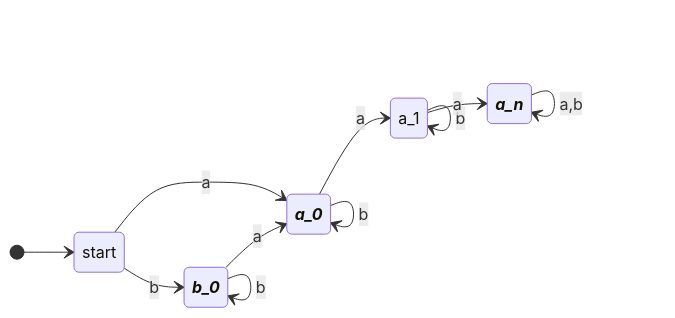
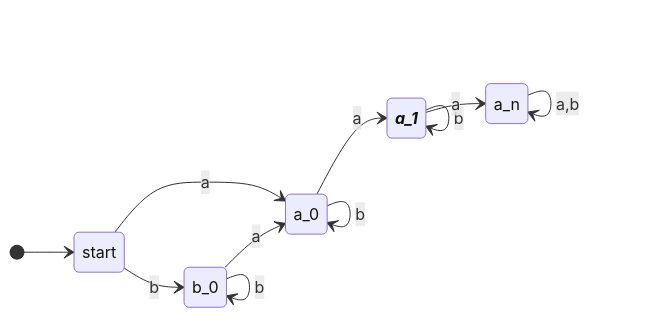
Before and after one commit to Alyksett/School-Notes: the sixth of 10 diagrams in 4011 Formal Language and Autonoma/Homework/Austin Lyksett Assignment 1.md, drawn with Mermaid. The commit also changed other lines of this file, not shown here.

````diff
--- a/4011 Formal Language and Autonoma/Homework/Austin Lyksett Assignment 1.md
+++ b/4011 Formal Language and Autonoma/Homework/Austin Lyksett Assignment 1.md
@@ -119,16 +131,16 @@
 ```mermaid
 stateDiagram-v2
 Direction LR
 classDef acceptState font-style:italic,font-weight:bold
    [*] --> start
     start --> a_0: a
-    start --> b_0::: acceptState : b
+    start --> b_0: b
     b_0 --> a_0: a
     b_0 --> b_0: b
-    a_0 --> a_1: a
-    a_0 --> a_0::: acceptState : b
+    a_0 --> a_1::: acceptState : a
+    a_0 --> a_0: b
     a_1 --> a_1: b
-    a_1 --> a_n::: acceptState : a
+    a_1 --> a_n: a
     a_n --> a_n: a,b
 
 ```
````
